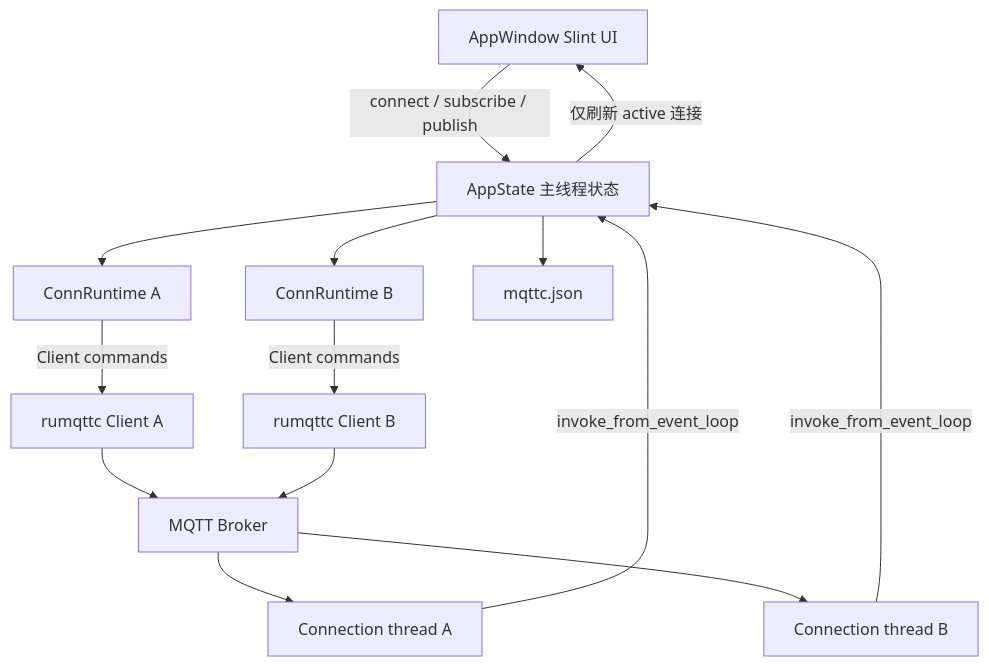
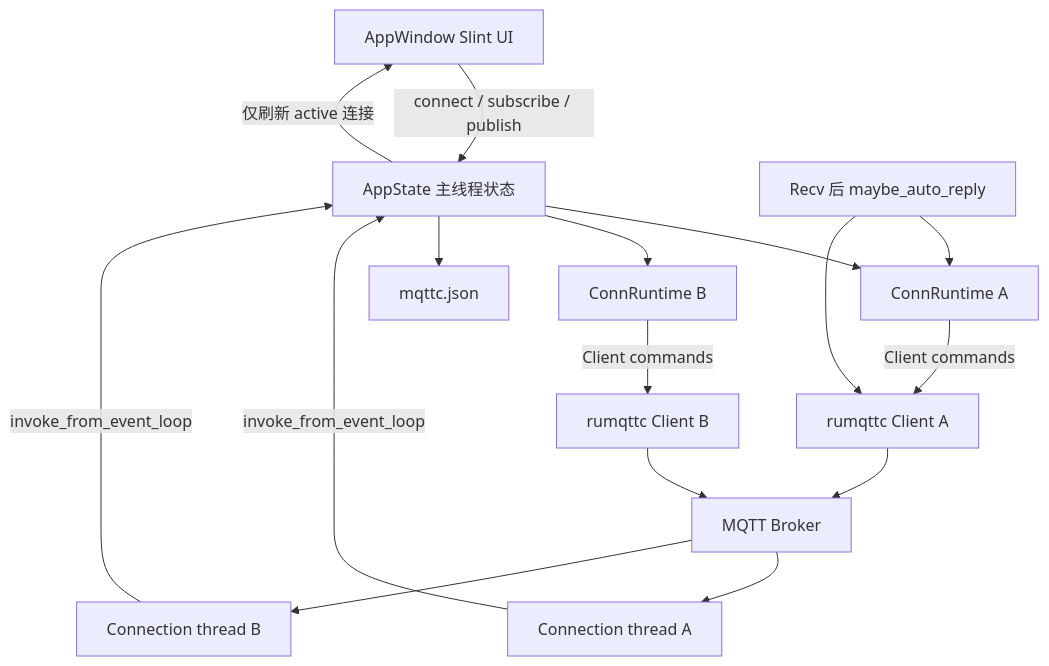
Before and after one commit to GordonWen/mqttc: the diagram in .monkeycode/docs/ARCHITECTURE.md, drawn with Mermaid. The commit also changed other lines of this file and 11 other files, not shown here.

First line of the commit message:
docs: document auto-reply, presets, and current UI pages

````diff
--- a/.monkeycode/docs/ARCHITECTURE.md
+++ b/.monkeycode/docs/ARCHITECTURE.md
@@ -45,16 +52,18 @@
 ```mermaid
 graph TD
     A["AppWindow Slint UI"] -->|"connect / subscribe / publish"| B["AppState 主线程状态"]
     B --> C["ConnRuntime A"]
     B --> D["ConnRuntime B"]
     C -->|"Client commands"| E["rumqttc Client A"]
     D -->|"Client commands"| F["rumqttc Client B"]
     E --> G["MQTT Broker"]
     F --> G
     G --> H["Connection thread A"]
     G --> I["Connection thread B"]
     H -->|"invoke_from_event_loop"| B
     I -->|"invoke_from_event_loop"| B
     B -->|"仅刷新 active 连接"| A
     B --> J["mqttc.json"]
+    K["Recv 后 maybe_auto_reply"] --> C
+    K --> E
 ```
````
